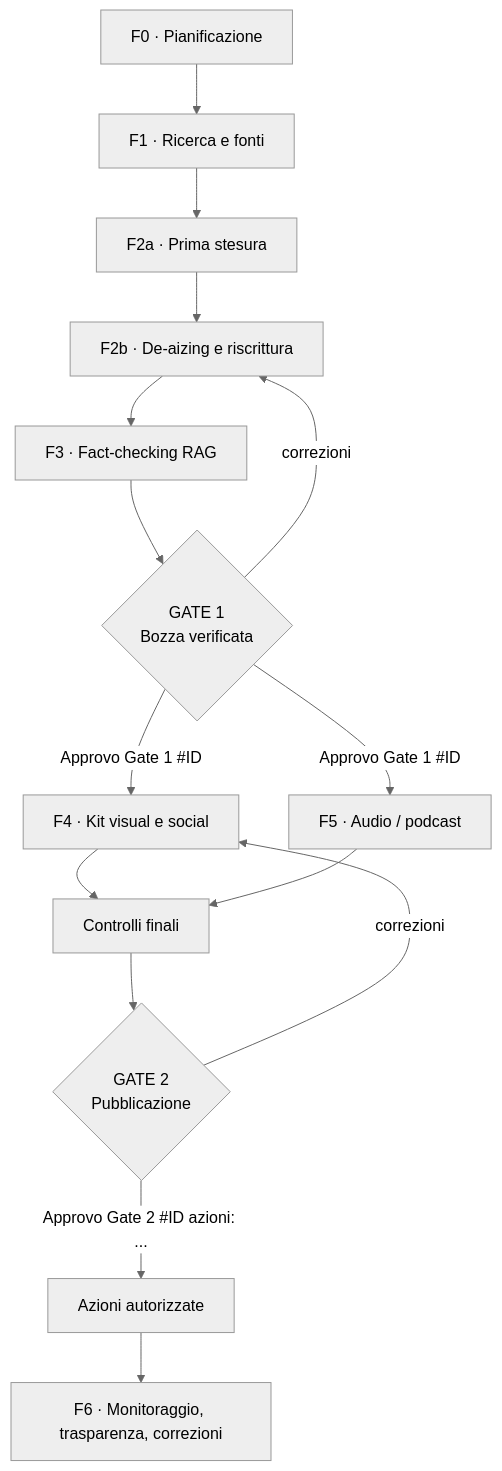
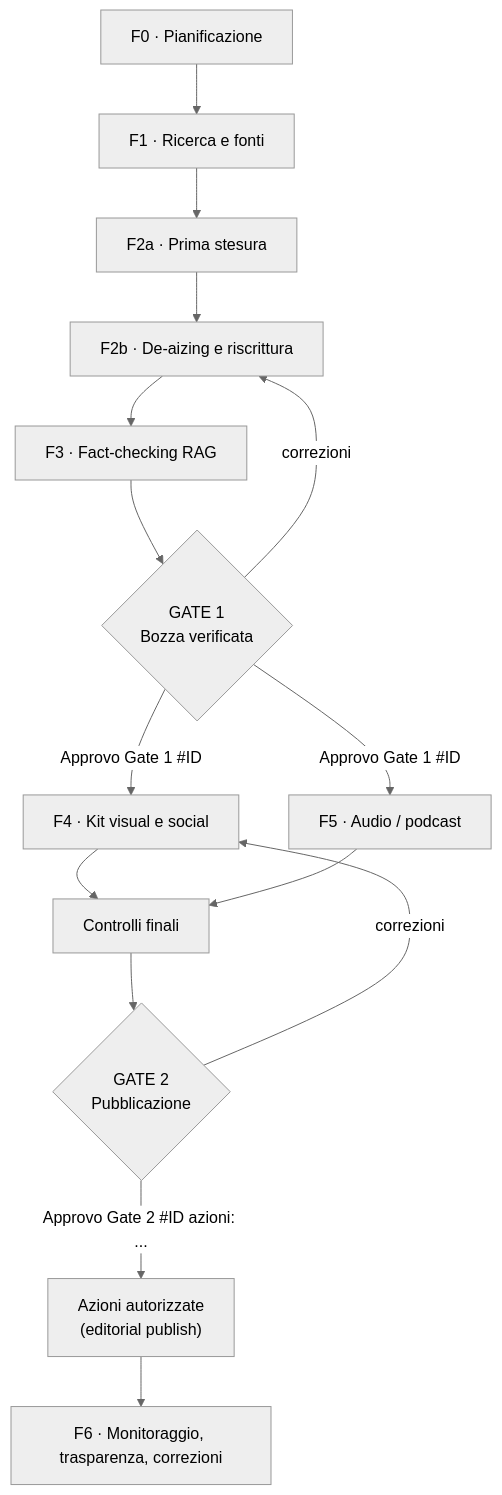
Before and after one commit to acarducci65-svg/editorial_pipeline_public: the second of 2 diagrams in docs/manuale_configurazione_e_uso.md, drawn with Mermaid (neutral theme). The commit also changed other lines of this file and 18 other files, not shown here.

````diff
--- a/docs/manuale_configurazione_e_uso.md
+++ b/docs/manuale_configurazione_e_uso.md
@@ -662,17 +707,17 @@
 ```mermaid
 flowchart TD
   F0["F0 · Pianificazione"] --> F1["F1 · Ricerca e fonti"]
   F1 --> F2a["F2a · Prima stesura"]
   F2a --> F2b["F2b · De-aizing e riscrittura"]
   F2b --> F3["F3 · Fact-checking RAG"]
   F3 --> G1{"GATE 1<br/>Bozza verificata"}
   G1 -- "Approvo Gate 1 #ID" --> F4["F4 · Kit visual e social"]
   G1 -- "Approvo Gate 1 #ID" --> F5["F5 · Audio / podcast"]
   G1 -- "correzioni" --> F2b
   F4 --> CF["Controlli finali"]
   F5 --> CF
   CF --> G2{"GATE 2<br/>Pubblicazione"}
-  G2 -- "Approvo Gate 2 #ID azioni: ..." --> P["Azioni autorizzate"]
+  G2 -- "Approvo Gate 2 #ID azioni: ..." --> P["Azioni autorizzate<br/>(editorial publish)"]
   G2 -- "correzioni" --> F4
   P --> F6["F6 · Monitoraggio, trasparenza, correzioni"]
 ```
````
